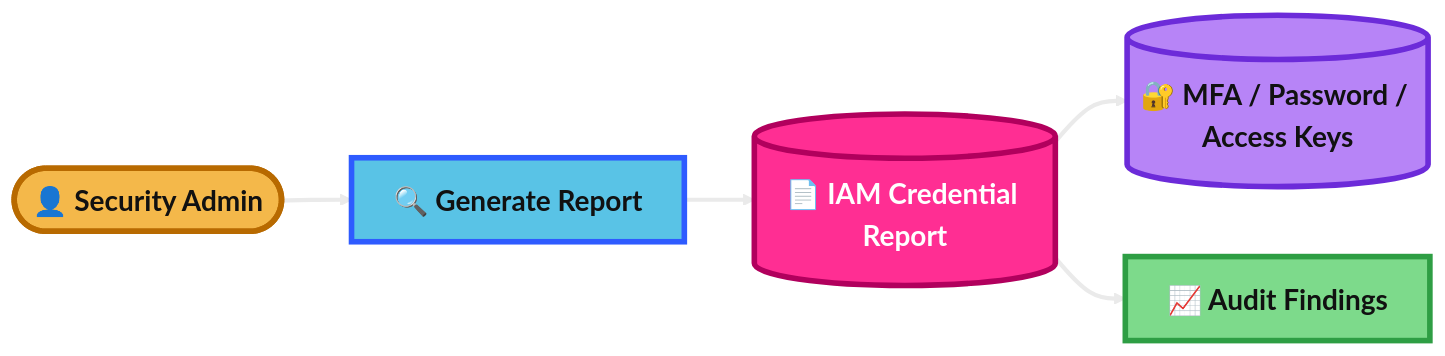
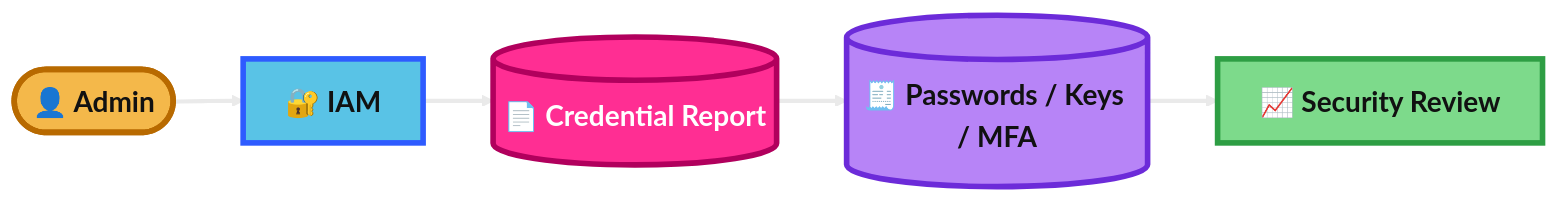
The third of 4 diagrams in notes/1.IAM.md (hsabit01/aws-saa-study-material), drawn with Mermaid before and after one commit. The commit also changed other lines of this file and 2 other files, not shown here.

````diff
--- a/notes/1.IAM.md
+++ b/notes/1.IAM.md
@@ -154,23 +140,23 @@
 ```mermaid
 %%{init: {'theme':'base','themeVariables': {
   'background':'#0B0F19',
   'primaryTextColor':'#111111',
   'secondaryTextColor':'#111111',
   'tertiaryTextColor':'#111111',
   'lineColor':'#EAEAEA',
   'fontSize':'20px'
 }}}%%
 flowchart LR
-    U([👤 Security Admin]):::user --> A[🔍 Generate Report]:::app
-    A --> S[(📄 IAM Credential Report)]:::core
-    S --> D[(🔐 MFA / Password / Access Keys)]:::data
-    S --> V[📈 Audit Findings]:::dash
+    A([👤 Admin]):::user --> I[🔐 IAM]:::app
+    I --> R[(📄 Credential Report)]:::core
+    R --> D[(🧾 Passwords / Keys / MFA)]:::data
+    D --> O[📈 Security Review]:::dash
 
     classDef user fill:#F4B84A,stroke:#B86A00,stroke-width:4px,color:#111111,font-weight:bold;
     classDef app fill:#59C3E6,stroke:#2E5BFF,stroke-width:4px,color:#111111,font-weight:bold;
     classDef data fill:#B784F7,stroke:#6C2BD9,stroke-width:4px,color:#111111,font-weight:bold;
     classDef core fill:#FF2E93,stroke:#B1005D,stroke-width:4px,color:#FFFFFF,font-weight:bold;
     classDef dash fill:#7DDA8B,stroke:#2E9E44,stroke-width:4px,color:#111111,font-weight:bold;
 
     linkStyle 0,1,2,3 stroke:#EAEAEA,stroke-width:3px;
 ```
````
